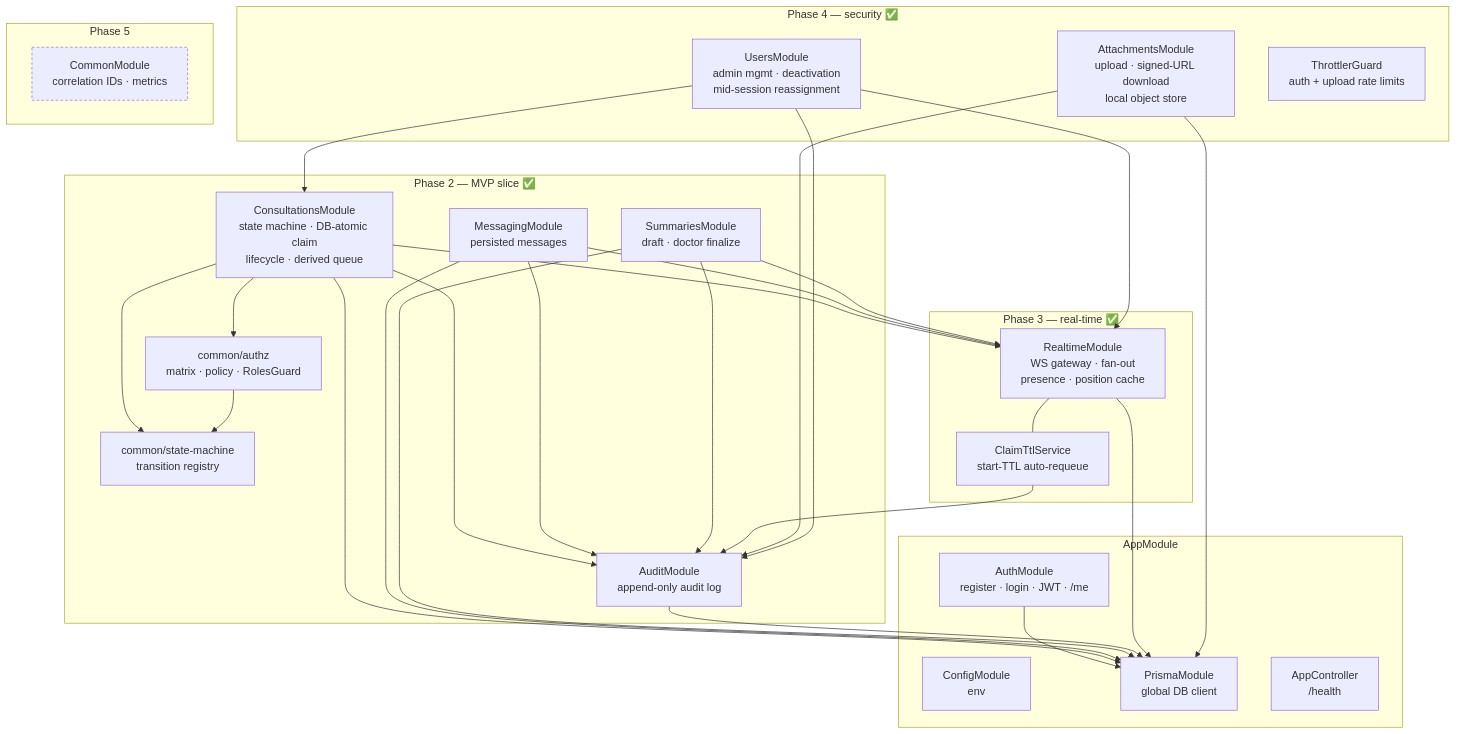
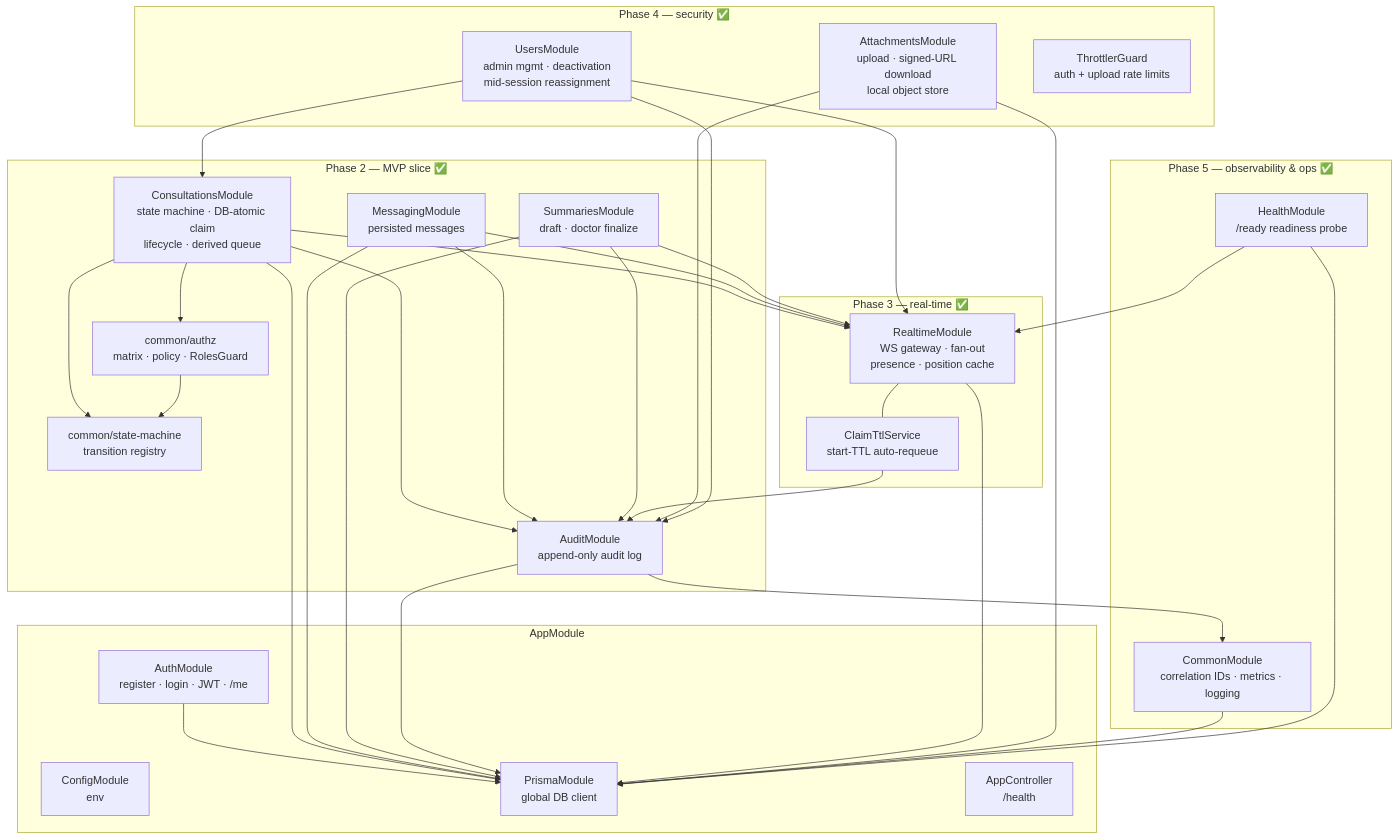
Before and after one commit to akritiupreti/virtual-consultation-platform: the second of 13 diagrams in docs/architecture.md, drawn with Mermaid. The commit also changed other lines of this file and 38 other files, not shown here.

First line of the commit message:
feat: phase 5 observability & ops — logging, correlation IDs, health, metrics, compose

````diff
--- a/docs/architecture.md
+++ b/docs/architecture.md
@@ -64,59 +68,61 @@
 ```mermaid
 flowchart TB
     subgraph app [AppModule]
         config[ConfigModule<br/>env]
         prisma[PrismaModule<br/>global DB client]
         auth[AuthModule<br/>register · login · JWT · /me]
         health[AppController<br/>/health]
     end
 
     subgraph phase2 [Phase 2 — MVP slice ✅]
         consult[ConsultationsModule<br/>state machine · DB-atomic claim<br/>lifecycle · derived queue]
         messaging[MessagingModule<br/>persisted messages]
         summaries[SummariesModule<br/>draft · doctor finalize]
         audit[AuditModule<br/>append-only audit log]
         authz[common/authz<br/>matrix · policy · RolesGuard]
         sm[common/state-machine<br/>transition registry]
     end
 
     subgraph phase3 [Phase 3 — real-time ✅]
         realtime[RealtimeModule<br/>WS gateway · fan-out<br/>presence · position cache]
         claimttl[ClaimTtlService<br/>start-TTL auto-requeue]
     end
 
     subgraph phase4 [Phase 4 — security ✅]
         attach[AttachmentsModule<br/>upload · signed-URL download<br/>local object store]
         usersm[UsersModule<br/>admin mgmt · deactivation<br/>mid-session reassignment]
         throttle[ThrottlerGuard<br/>auth + upload rate limits]
     end
 
-    subgraph phase5 [Phase 5]
-        common[CommonModule<br/>correlation IDs · metrics]
+    subgraph phase5 [Phase 5 — observability & ops ✅]
+        common[CommonModule<br/>correlation IDs · metrics · logging]
+        healthm[HealthModule<br/>/ready readiness probe]
     end
 
     auth --> prisma
     consult --> prisma
     messaging --> prisma
     summaries --> prisma
     audit --> prisma
     consult --> audit
     messaging --> audit
     summaries --> audit
     consult --> authz
     consult --> sm
     authz --> sm
     consult --> realtime
     messaging --> realtime
     summaries --> realtime
     realtime --- claimttl
     claimttl --> audit
     realtime --> prisma
     attach --> prisma
     attach --> audit
     usersm --> consult
     usersm --> realtime
     usersm --> audit
-
-    classDef later stroke-dasharray: 4 3;
-    class common later
+    common --> prisma
+    audit --> common
+    healthm --> prisma
+    healthm --> realtime
 ```
````
